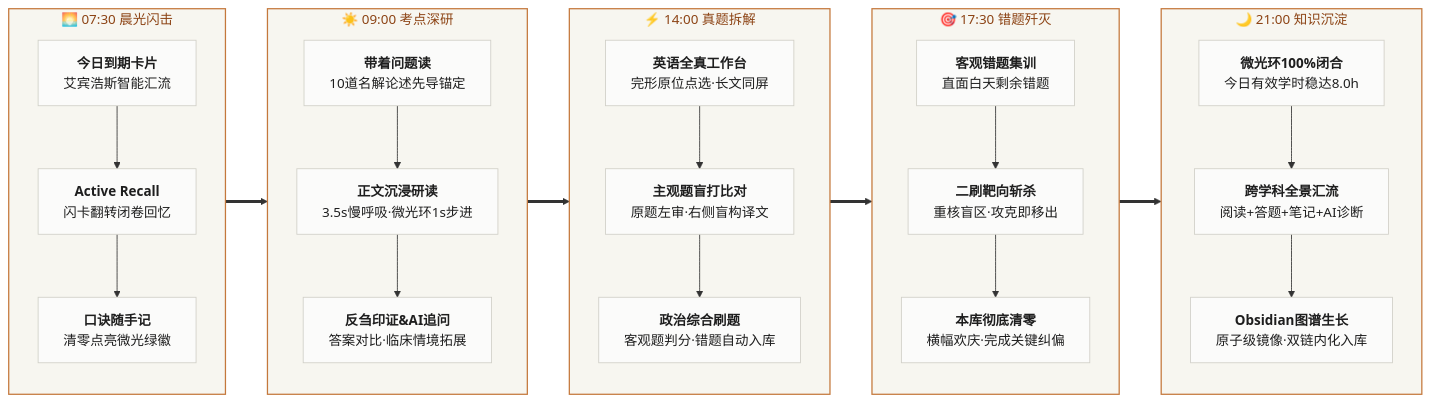
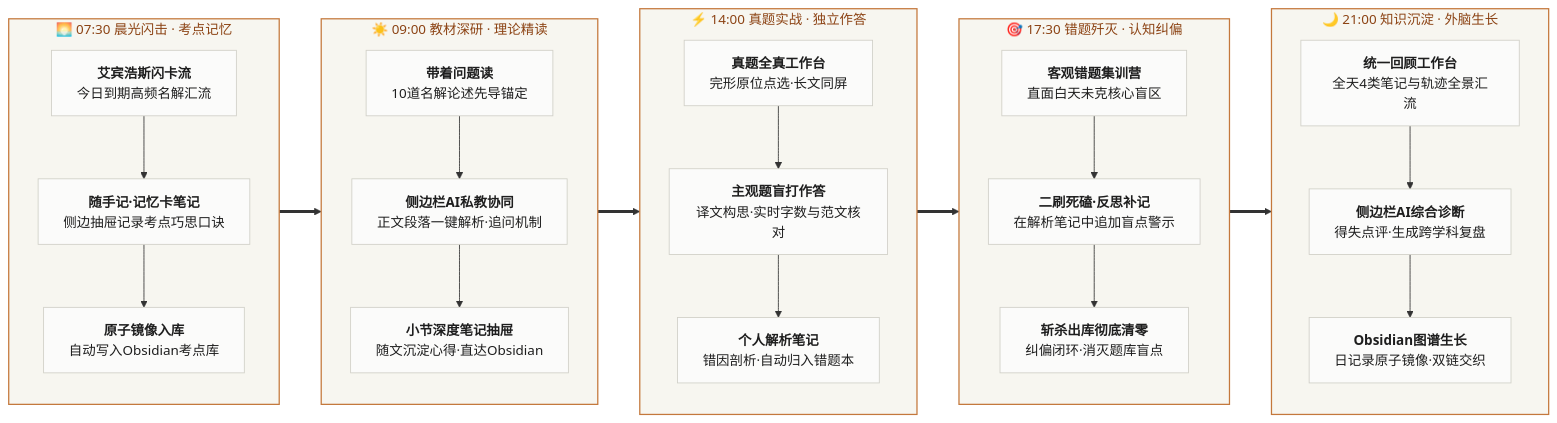
The diagram in README.md (UniqueYu8988/YuReader), drawn with Mermaid before and after one commit. The commit also changed other lines of this file, not shown here.

Commit message:
docs: elevate Sidebar and Multi-tier Note architecture to core mechanisms in README and flow

````diff
--- a/README.md
+++ b/README.md
@@ -74,48 +76,48 @@
 ```mermaid
 flowchart LR
-    subgraph S1 ["🌅 07:30 晨光闪击"]
+    subgraph S1 ["🌅 07:30 晨光闪击 · 考点记忆"]
         direction TB
-        A1["<b>今日到期卡片</b><br/>艾宾浩斯智能汇流"]
-        A2["<b>Active Recall</b><br/>闪卡翻转闭卷回忆"]
-        A3["<b>口诀随手记</b><br/>清零点亮微光绿徽"]
+        A1["<b>艾宾浩斯闪卡流</b><br/>今日到期高频名解汇流"]
+        A2["<b>随手记·记忆卡笔记</b><br/>侧边抽屉记录考点巧思口诀"]
+        A3["<b>原子镜像入库</b><br/>自动写入Obsidian考点库"]
         A1 --> A2 --> A3
     end
 
-    subgraph S2 ["☀️ 09:00 考点深研"]
+    subgraph S2 ["☀️ 09:00 教材深研 · 理论精读"]
         direction TB
         B1["<b>带着问题读</b><br/>10道名解论述先导锚定"]
-        B2["<b>正文沉浸研读</b><br/>3.5s慢呼吸·微光环1s步进"]
-        B3["<b>反刍印证&AI追问</b><br/>答案对比·临床情境拓展"]
+        B2["<b>侧边栏AI私教协同</b><br/>正文段落一键解析·追问机制"]
+        B3["<b>小节深度笔记抽屉</b><br/>随文沉淀心得·直达Obsidian"]
         B1 --> B2 --> B3
     end
 
-    subgraph S3 ["⚡ 14:00 真题拆解"]
+    subgraph S3 ["⚡ 14:00 真题实战 · 独立作答"]
         direction TB
-        C1["<b>英语全真工作台</b><br/>完形原位点选·长文同屏"]
-        C2["<b>主观题盲打比对</b><br/>原题左审·右侧盲构译文"]
-        C3["<b>政治综合刷题</b><br/>客观题判分·错题自动入库"]
+        C1["<b>真题全真工作台</b><br/>完形原位点选·长文同屏"]
+        C2["<b>主观题盲打作答</b><br/>译文构思·实时字数与范文核对"]
+        C3["<b>个人解析笔记</b><br/>错因剖析·自动归入错题本"]
         C1 --> C2 --> C3
     end
 
-    subgraph S4 ["🎯 17:30 错题歼灭"]
+    subgraph S4 ["🎯 17:30 错题歼灭 · 认知纠偏"]
         direction TB
-        D1["<b>客观错题集训</b><br/>直面白天剩余错题"]
-        D2["<b>二刷靶向斩杀</b><br/>重核盲区·攻克即移出"]
-        D3["<b>本库彻底清零</b><br/>横幅欢庆·完成关键纠偏"]
+        D1["<b>客观错题集训营</b><br/>直面白天未克核心盲区"]
+        D2["<b>二刷死磕·反思补记</b><br/>在解析笔记中追加盲点警示"]
+        D3["<b>斩杀出库彻底清零</b><br/>纠偏闭环·消灭题库盲点"]
         D1 --> D2 --> D3
     end
 
-    subgraph S5 ["🌙 21:00 知识沉淀"]
+    subgraph S5 ["🌙 21:00 知识沉淀 · 外脑生长"]
         direction TB
-        E1["<b>微光环100%闭合</b><br/>今日有效学时稳达8.0h"]
-        E2["<b>跨学科全景汇流</b><br/>阅读+答题+笔记+AI诊断"]
-        E3["<b>Obsidian图谱生长</b><br/>原子级镜像·双链内化入库"]
+        E1["<b>统一回顾工作台</b><br/>全天4类笔记与轨迹全景汇流"]
+        E2["<b>侧边栏AI综合诊断</b><br/>得失点评·生成跨学科复盘"]
+        E3["<b>Obsidian图谱生长</b><br/>日记录原子镜像·双链交织"]
         E1 --> E2 --> E3
     end
 
     S1 ==> S2 ==> S3 ==> S4 ==> S5
 
     classDef default fill:#fbfbfa,stroke:#d0cfc7,stroke-width:1px,color:#1e1e1e;
     classDef stageStyle fill:#f7f6f0,stroke:#c4783c,stroke-width:1.5px,color:#8c4314;
     class S1,S2,S3,S4,S5 stageStyle;
 ```
````
